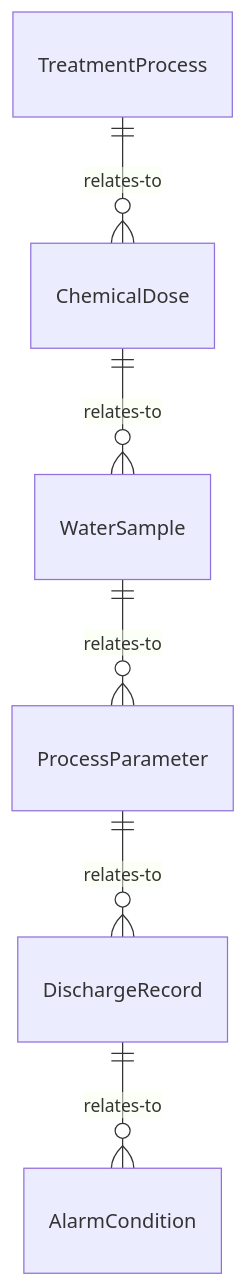
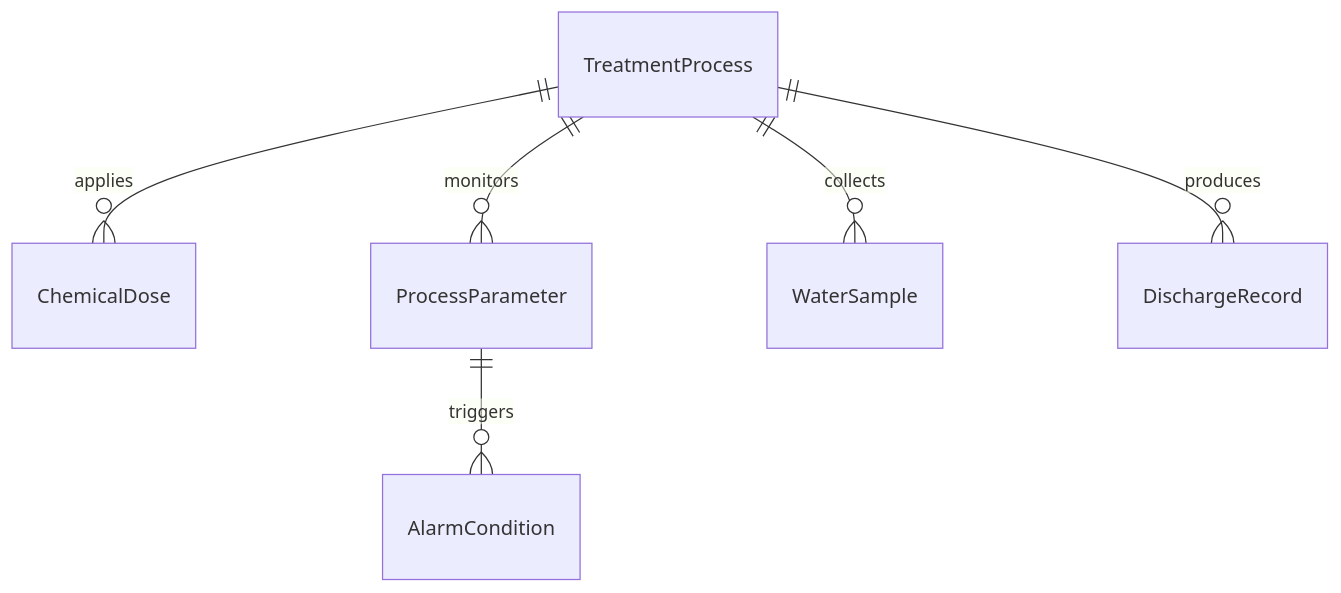
Before and after one commit to dot-org-ai/tasks.org.ai: the first of 4 diagrams in ControllingMachinesAndProcesses/OperateIndustrialProcessingOrProductionEquipment/OperateChemicalProcessingWaterTreatment.mdx, drawn with Mermaid. The commit also changed other lines of this file and 515 other files, not shown here.

````diff
--- a/ControllingMachinesAndProcesses/OperateIndustrialProcessingOrProductionEquipment/OperateChemicalProcessingWaterTreatment.mdx
+++ b/ControllingMachinesAndProcesses/OperateIndustrialProcessingOrProductionEquipment/OperateChemicalProcessingWaterTreatment.mdx
@@ -90,8 +90,8 @@
 ```mermaid
 erDiagram
-    TreatmentProcess ||--o{ ChemicalDose : relates-to
-    ChemicalDose ||--o{ WaterSample : relates-to
-    WaterSample ||--o{ ProcessParameter : relates-to
-    ProcessParameter ||--o{ DischargeRecord : relates-to
-    DischargeRecord ||--o{ AlarmCondition : relates-to
+    TreatmentProcess ||--o{ ChemicalDose : applies
+    TreatmentProcess ||--o{ ProcessParameter : monitors
+    TreatmentProcess ||--o{ WaterSample : collects
+    TreatmentProcess ||--o{ DischargeRecord : produces
+    ProcessParameter ||--o{ AlarmCondition : triggers
 ```
````
